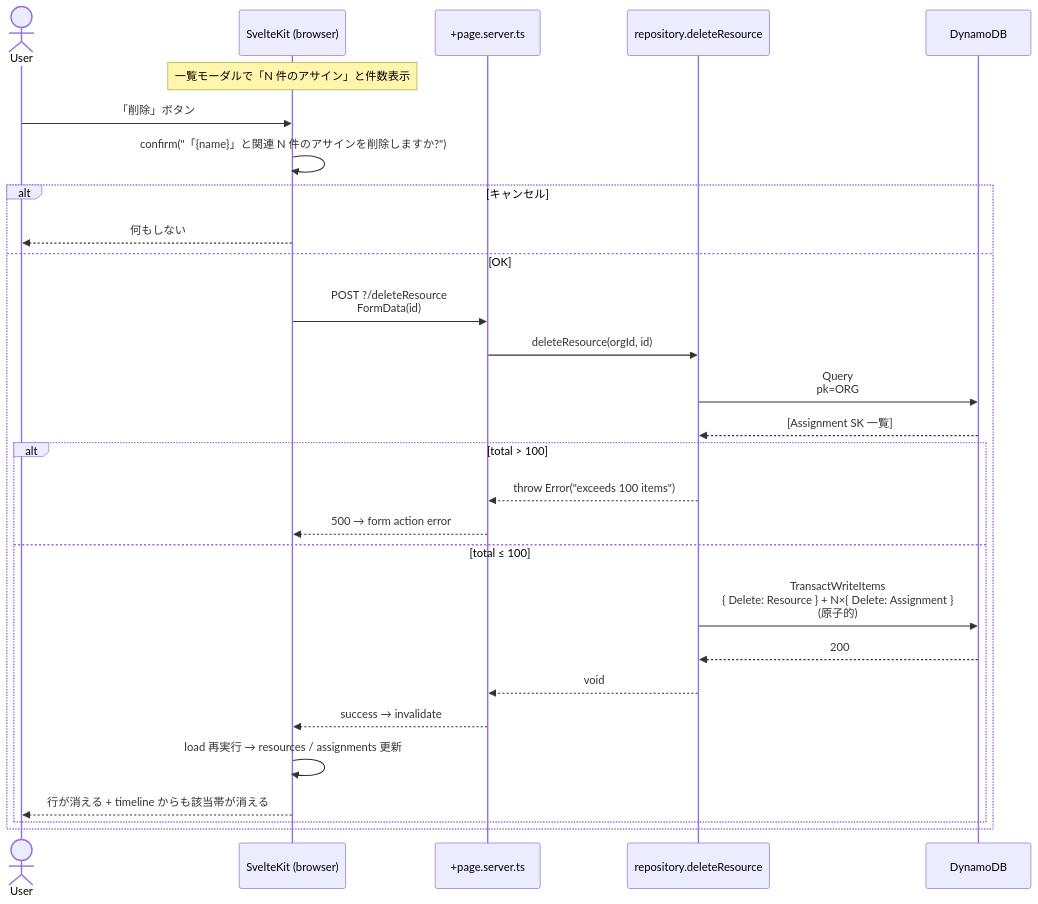
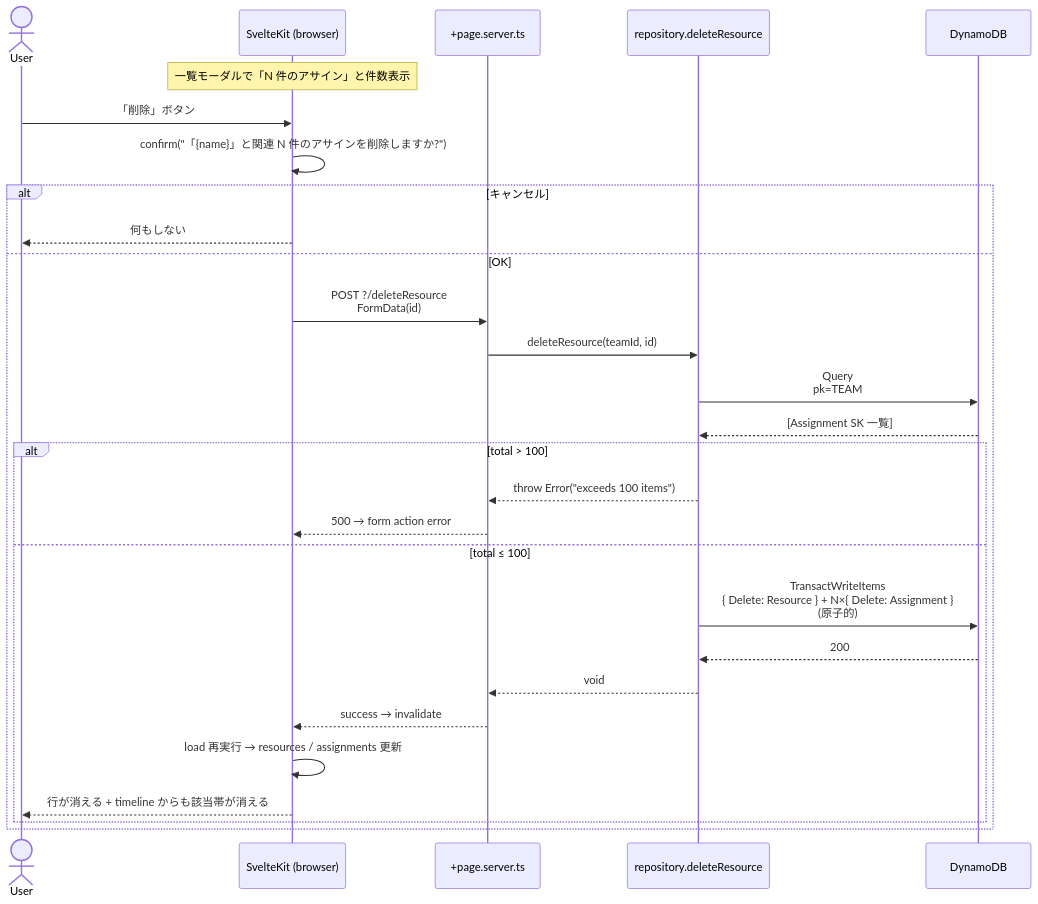
Before and after one commit to tommykey-apps/resource-planner: the eighth of 8 diagrams in docs/use-cases.md, drawn with Mermaid. The commit also changed other lines of this file and 25 other files, not shown here.

````diff
--- a/docs/use-cases.md
+++ b/docs/use-cases.md
@@ -453,31 +453,31 @@
 ```mermaid
 sequenceDiagram
     actor User
     participant SK as SvelteKit (browser)
     participant Server as +page.server.ts
     participant Repo as repository.deleteResource
     participant DDB as DynamoDB
 
     Note over SK: 一覧モーダルで「N 件のアサイン」と件数表示
     User->>SK: 「削除」ボタン
     SK->>SK: confirm("「{name}」と関連 N 件のアサインを削除しますか?")
     alt キャンセル
         SK-->>User: 何もしない
     else OK
         SK->>Server: POST ?/deleteResource<br/>FormData(id)
-        Server->>Repo: deleteResource(orgId, id)
-        Repo->>DDB: Query<br/>pk=ORG#X AND begins_with(sk, "ASN#")<br/>FilterExpression: resourceId == id
+        Server->>Repo: deleteResource(teamId, id)
+        Repo->>DDB: Query<br/>pk=TEAM#X AND begins_with(sk, "ASN#")<br/>FilterExpression: resourceId == id
         DDB-->>Repo: [Assignment SK 一覧]
         alt total > 100
             Repo-->>Server: throw Error("exceeds 100 items")
             Server-->>SK: 500 → form action error
         else total ≤ 100
             Repo->>DDB: TransactWriteItems<br/>{ Delete: Resource } + N×{ Delete: Assignment }<br/>(原子的)
             DDB-->>Repo: 200
             Repo-->>Server: void
             Server-->>SK: success → invalidate
             SK->>SK: load 再実行 → resources / assignments 更新
             SK-->>User: 行が消える + timeline からも該当帯が消える
         end
     end
 ```
````
